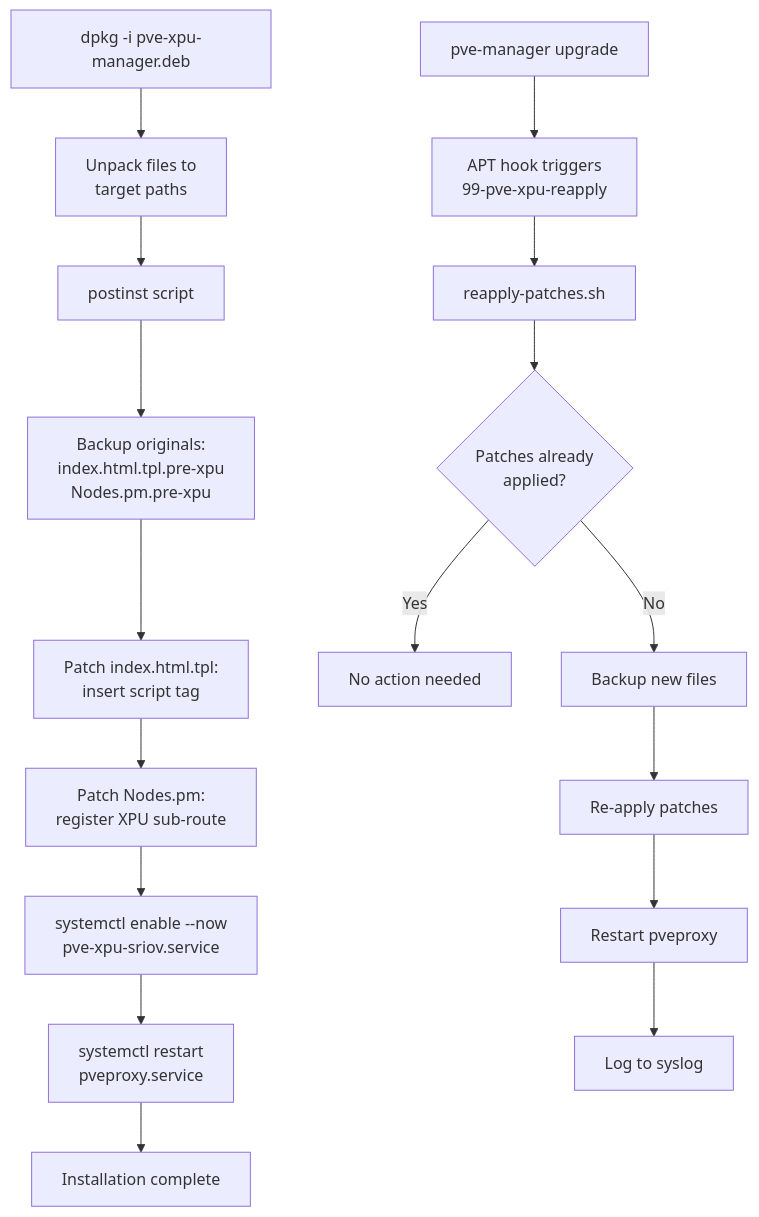
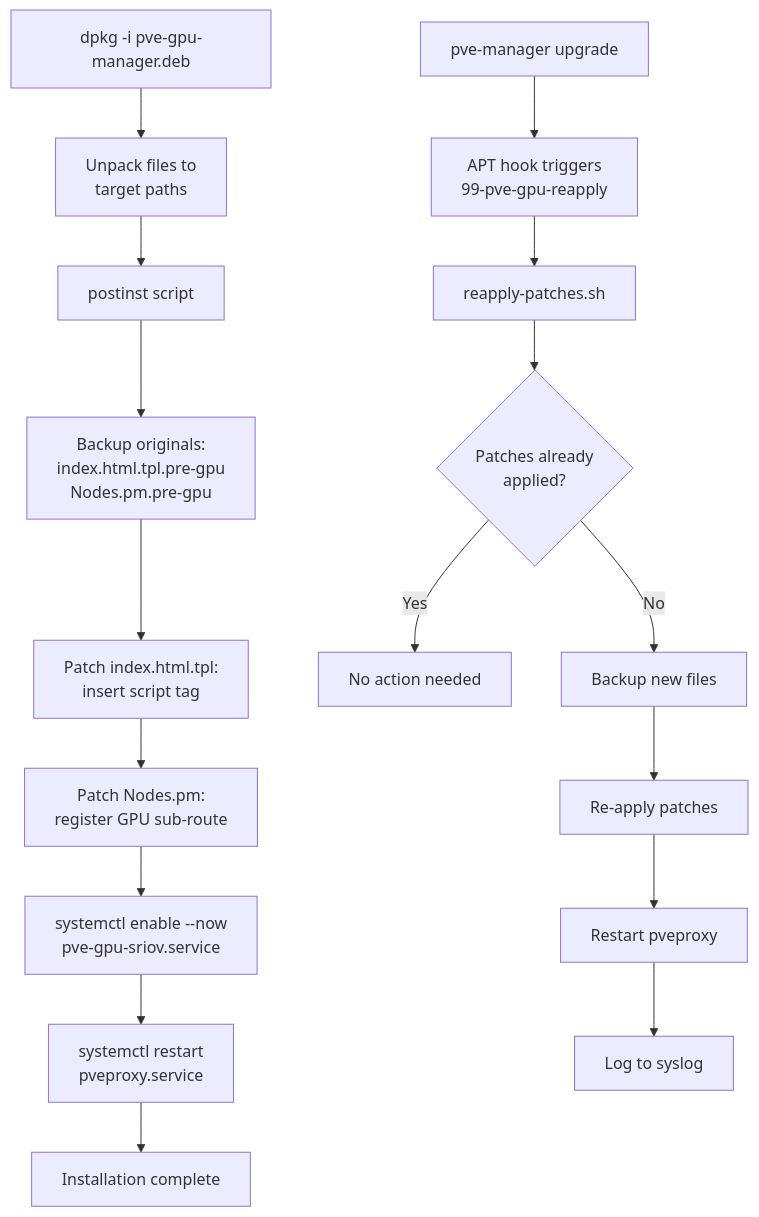
The seventh of 11 diagrams in docs/designs.md (Azerothian/pmx-gpu-manager), drawn with Mermaid before and after one commit. The commit also changed other lines of this file and 17 other files, not shown here.

First line of the commit message:
Rename Perl modules and API routes from XPU to GPU

````diff
--- a/docs/designs.md
+++ b/docs/designs.md
@@ -328,20 +328,20 @@
 ```mermaid
 flowchart TD
-    A[dpkg -i pve-xpu-manager.deb] --> B[Unpack files to<br/>target paths]
+    A[dpkg -i pve-gpu-manager.deb] --> B[Unpack files to<br/>target paths]
     B --> C[postinst script]
-    C --> D[Backup originals:<br/>index.html.tpl.pre-xpu<br/>Nodes.pm.pre-xpu]
+    C --> D[Backup originals:<br/>index.html.tpl.pre-gpu<br/>Nodes.pm.pre-gpu]
     D --> E[Patch index.html.tpl:<br/>insert script tag]
-    E --> F[Patch Nodes.pm:<br/>register XPU sub-route]
-    F --> G[systemctl enable --now<br/>pve-xpu-sriov.service]
+    E --> F[Patch Nodes.pm:<br/>register GPU sub-route]
+    F --> G[systemctl enable --now<br/>pve-gpu-sriov.service]
     G --> H[systemctl restart<br/>pveproxy.service]
     H --> I[Installation complete]
 
-    J[pve-manager upgrade] --> K[APT hook triggers<br/>99-pve-xpu-reapply]
+    J[pve-manager upgrade] --> K[APT hook triggers<br/>99-pve-gpu-reapply]
     K --> L[reapply-patches.sh]
     L --> L1{Patches already<br/>applied?}
     L1 -- Yes --> L2[No action needed]
     L1 -- No --> M[Backup new files]
     M --> N[Re-apply patches]
     N --> O[Restart pveproxy]
     O --> P[Log to syslog]
 ```
````
